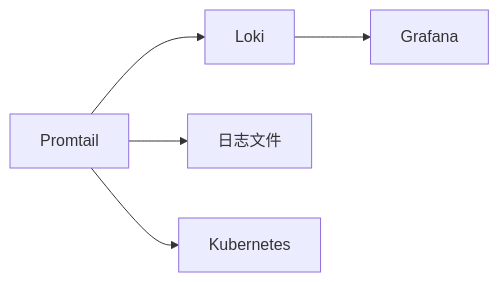
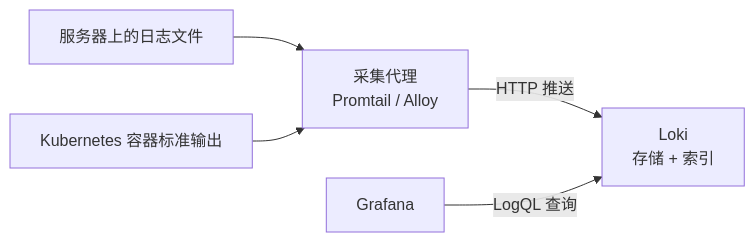
The fifth of 6 diagrams in content/linux/monitor_log/Chapter-58-Log-Management.md (before80/prgms), drawn with Mermaid before and after one commit. The commit also changed other lines of this file and 1645 other files, not shown here.

````diff
--- a/content/linux/monitor_log/Chapter-58-Log-Management.md
+++ b/content/linux/monitor_log/Chapter-58-Log-Management.md
@@ -517,8 +651,7 @@
 ```mermaid
 graph LR
-    A[Promtail] --> B[Loki]
-    B --> C[Grafana]
-    
-    A --> D[日志文件]
-    A --> E[Kubernetes]
+    D["服务器上的日志文件"] --> A["采集代理<br>Promtail / Alloy"]
+    E["Kubernetes 容器标准输出"] --> A
+    A -->|"HTTP 推送"| B["Loki<br>存储 + 索引"]
+    C["Grafana"] -->|"LogQL 查询"| B
 ```
````
